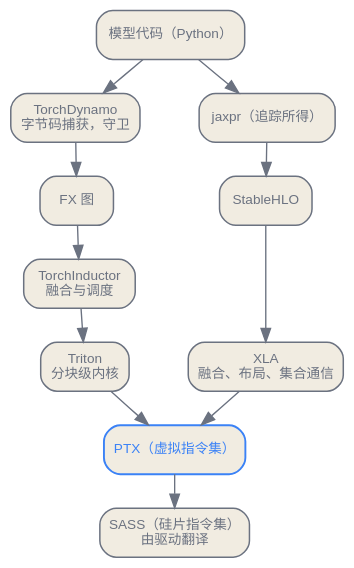
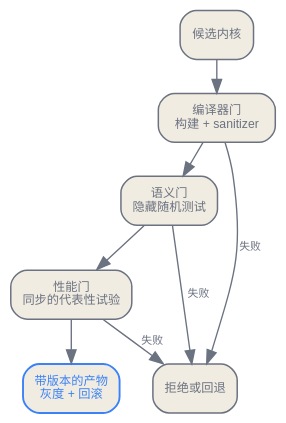
Before and after one commit to latere-ai/ai-as-an-infrastructure: the second of 2 diagrams in zh/infrastructure/03-compilers-kernels.qmd, drawn with Graphviz. The commit also changed other lines of this file and 1 other file, not shown here.

Commit message:
docs: rewrite Chinese compilers chapter

````diff
--- a/zh/infrastructure/03-compilers-kernels.qmd
+++ b/zh/infrastructure/03-compilers-kernels.qmd
@@ -39,26 +281,26 @@
 ```{dot}
-//| label: fig-compilers-kernels-lowering
-//| fig-cap: "下沉流水线：两条道汇合到同一家厂商的地板上。守卫与断图住在顶部，那里要保住 Python 语义；硬件特异性向底部积累，性能也在那里产生。"
-digraph lowering {
+//| label: fig-compilers-kernels-validation
+//| fig-cap: "生成内核只有通过彼此独立的语义门、编译器门和性能门，才能被接受。失败会回到生成器或已知回退路径，绝不会直接进入生产环境。"
+digraph validation {
   bgcolor="transparent";
   rankdir=TB;
-  nodesep=0.6; ranksep=0.35;
-  node [shape=box, style="rounded,filled", fontname="Helvetica", fontsize=10, color="#6b7280", fontcolor="#6b7280", fillcolor="#f1ece1", penwidth=1.1];
-  edge [fontsize=9, fontname="Helvetica", color="#6b7280", fontcolor="#6b7280"];
+  nodesep=0.32;
+  ranksep=0.32;
+  node [shape=box, style="rounded,filled", fontname="Helvetica", fontsize=9,
+        color="#6b7280", fontcolor="#6b7280", fillcolor="#f1ece1", penwidth=1.1];
+  edge [color="#6b7280", fontname="Helvetica", fontsize=8, fontcolor="#6b7280"];
 
-  py   [label="模型代码（Python）"];
-  dyn  [label="TorchDynamo\n字节码捕获，守卫"];
-  fx   [label="FX 图"];
-  ind  [label="TorchInductor\n融合与调度"];
-  tri  [label="Triton\n分块级内核"];
-  jaxpr [label="jaxpr（追踪所得）"];
-  hlo  [label="StableHLO"];
-  xla  [label="XLA\n融合、布局、集合通信"];
-  ptx  [label="PTX（虚拟指令集）", color="#3b82f6", fontcolor="#3b82f6", penwidth=1.4];
-  sass [label="SASS（硅片指令集）\n由驱动翻译"];
+  candidate [label="候选内核"];
+  compile [label="编译器门\n构建 + sanitizer"];
+  semantic [label="语义门\n隐藏随机测试"];
+  performance [label="性能门\n同步的代表性试验"];
+  accept [label="带版本的产物\n灰度 + 回滚", color="#3b82f6",
+          fontcolor="#3b82f6", penwidth=1.4];
+  reject [label="拒绝或回退"];
 
-  py -> dyn -> fx -> ind -> tri -> ptx;
-  py -> jaxpr -> hlo -> xla -> ptx;
-  ptx -> sass;
+  candidate -> compile -> semantic -> performance -> accept;
+  compile -> reject [label="失败"];
+  semantic -> reject [label="失败"];
+  performance -> reject [label="失败"];
 }
 ```
````
